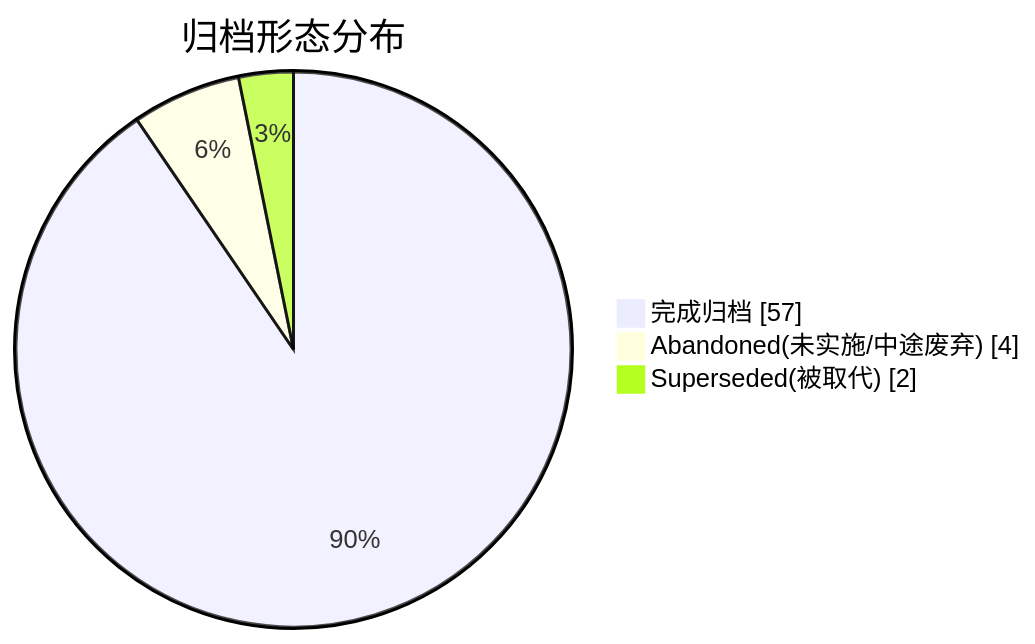
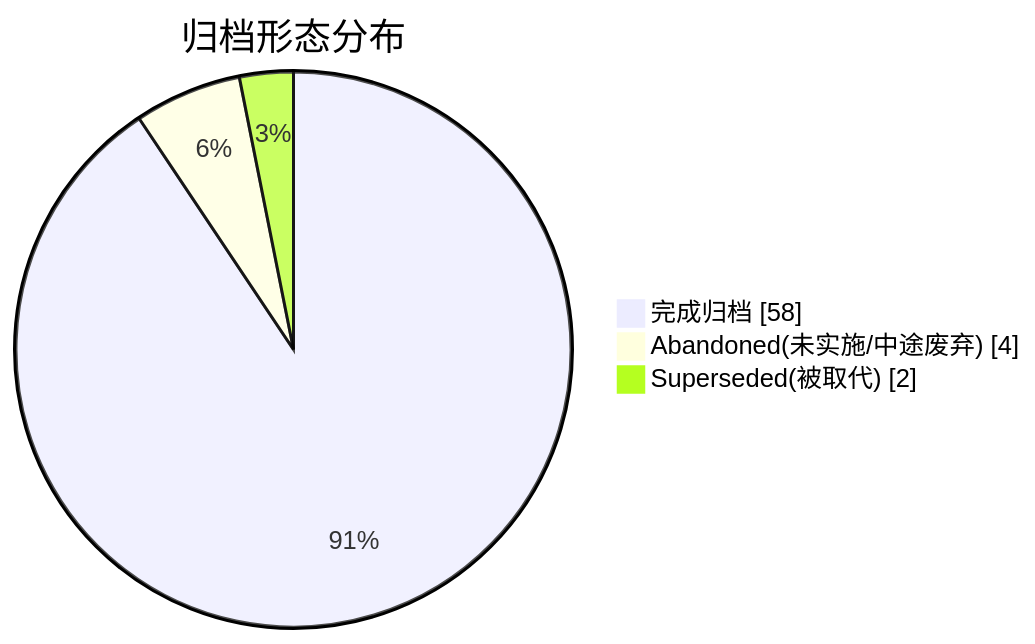
The second of 2 diagrams in docs/superpowers/ARCHIVE.md (golddream-y/obsidian-ratel), drawn with Mermaid before and after one commit. The commit also changed other lines of this file and 3 other files, not shown here.

````diff
--- a/docs/superpowers/ARCHIVE.md
+++ b/docs/superpowers/ARCHIVE.md
@@ -24,6 +24,6 @@
 ```mermaid
 pie showData title 归档形态分布
-    "完成归档" : 57
+    "完成归档" : 58
     "Abandoned(未实施/中途废弃)" : 4
     "Superseded(被取代)" : 2
 ```
````
